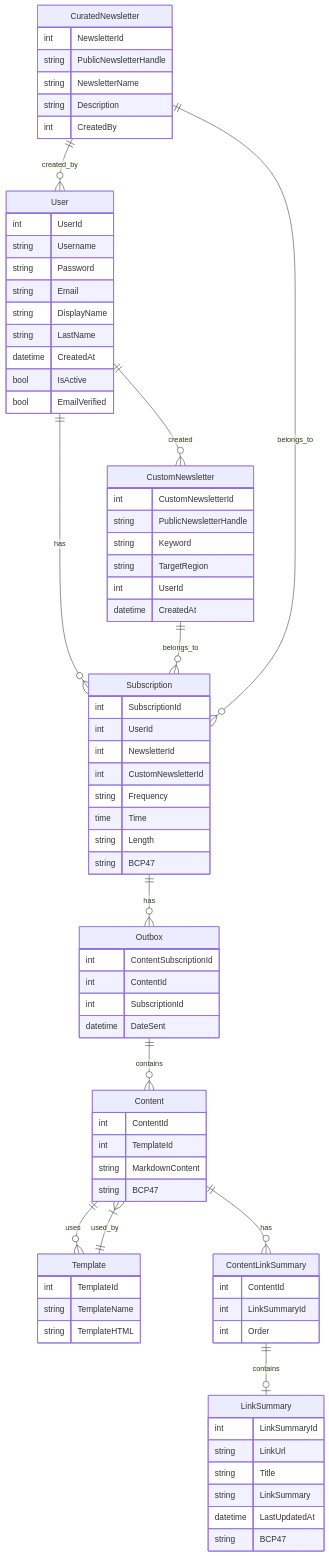
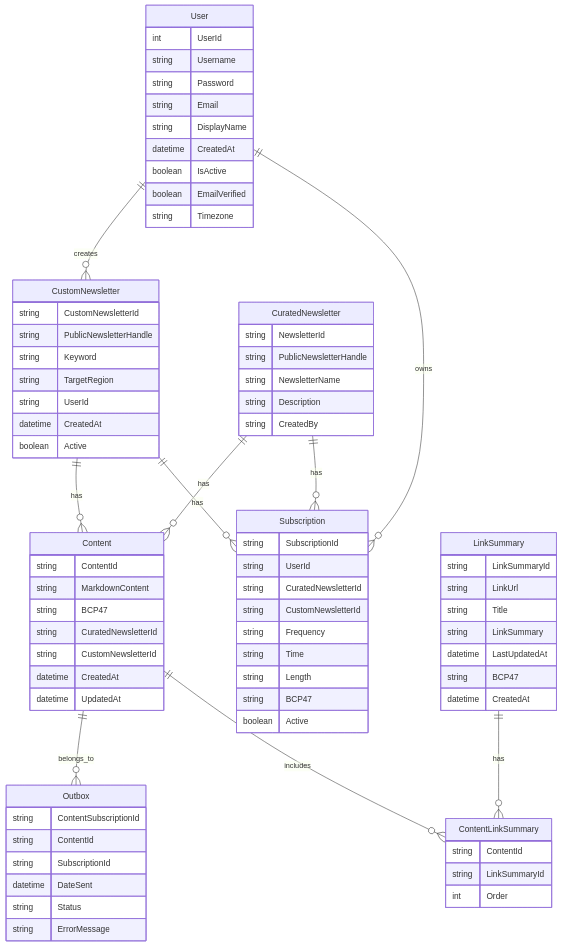
One commit to anaclumos/extracranial changed the diagram in Research/pages/Project Heimdall Table Structure.md. Above: the diagram before and after it, drawn with Mermaid. The commit also changed other lines of this file and 1 other file, not shown here.

Commit message:
wrote something

````diff
--- a/Research/pages/Project Heimdall Table Structure.md
+++ b/Research/pages/Project Heimdall Table Structure.md
@@ -6,90 +6,82 @@
 ```mermaid
 erDiagram
-    User ||--o{ Subscription : has
-    User ||--o{ CustomNewsletter : created
-    CustomNewsletter ||--o{ Subscription : belongs_to
-    CuratedNewsletter ||--o{ Subscription : belongs_to
-    CuratedNewsletter ||--o{ User : created_by
-    Subscription ||--o{ Outbox : has
-    Outbox ||--o{ Content : contains
-    Content ||--o{ Template : uses
-    Content ||--o{ ContentLinkSummary : has
-    ContentLinkSummary ||--o| LinkSummary : contains
-    Template ||--|{ Content : used_by
-
-    User {
-        int UserId
-        string Username
-        string Password
-        string Email
-        string DisplayName
-        string LastName
-        datetime CreatedAt
-        bool IsActive
-        bool EmailVerified
-    }
-
-    CuratedNewsletter {
-        int NewsletterId
-        string PublicNewsletterHandle
-        string NewsletterName
-        string Description
-        int CreatedBy
-    }
-
-    CustomNewsletter {
-        int CustomNewsletterId
-        string PublicNewsletterHandle
-        string Keyword
-        string TargetRegion
-        int UserId
-        datetime CreatedAt
-    }
-
-    Subscription {
-        int SubscriptionId
-        int UserId
-        int NewsletterId
-        int CustomNewsletterId
-        string Frequency
-        time Time
-        string Length
-        string BCP47
-    }
-
-    Template {
-        int TemplateId
-        string TemplateName
-        string TemplateHTML
-    }
-
-    Content {
-        int ContentId
-        int TemplateId
-        string MarkdownContent
-        string BCP47
-    }
-
-    ContentLinkSummary {
-        int ContentId
-        int LinkSummaryId
-        int Order
-    }
-
-    Outbox {
-        int ContentSubscriptionId
-        int ContentId
-        int SubscriptionId
-        datetime DateSent
-    }
-
-    LinkSummary {
-        int LinkSummaryId
-        string LinkUrl
-        string Title
-        string LinkSummary
-        datetime LastUpdatedAt
-        string BCP47
-    }
+  User ||--o{ Subscription : owns
+  User ||--o{ CustomNewsletter : creates
+  CustomNewsletter ||--o{ Subscription : has
+  CuratedNewsletter ||--o{ Subscription : has
+  CustomNewsletter ||--o{ Content : has
+  CuratedNewsletter ||--o{ Content : has
+  Content ||--o{ ContentLinkSummary : includes
+  Content ||--o{ Outbox : belongs_to
+  LinkSummary ||--o{ ContentLinkSummary : has
+  User {
+    int UserId
+    string Username
+    string Password
+    string Email
+    string DisplayName
+    datetime CreatedAt
+    boolean IsActive
+    boolean EmailVerified
+    string Timezone
+  }
+  CuratedNewsletter {
+    string NewsletterId
+    string PublicNewsletterHandle
+    string NewsletterName
+    string Description
+    string CreatedBy
+  }
+  CustomNewsletter {
+    string CustomNewsletterId
+    string PublicNewsletterHandle
+    string Keyword
+    string TargetRegion
+    string UserId
+    datetime CreatedAt
+    boolean Active
+  }
+  Subscription {
+    string SubscriptionId
+    string UserId
+    string CuratedNewsletterId
+    string CustomNewsletterId
+    string Frequency
+    string Time
+    string Length
+    string BCP47
+    boolean Active
+  }
+  Content {
+    string ContentId
+    string MarkdownContent
+    string BCP47
+    string CuratedNewsletterId
+    string CustomNewsletterId
+    datetime CreatedAt
+    datetime UpdatedAt
+  }
+  ContentLinkSummary {
+    string ContentId
+    string LinkSummaryId
+    int Order
+  }
+  Outbox {
+    string ContentSubscriptionId
+    string ContentId
+    string SubscriptionId
+    datetime DateSent
+    string Status
+    string ErrorMessage
+  }
+  LinkSummary {
+    string LinkSummaryId
+    string LinkUrl
+    string Title
+    string LinkSummary
+    datetime LastUpdatedAt
+    string BCP47
+    datetime CreatedAt
+  }
 
 ```
````
